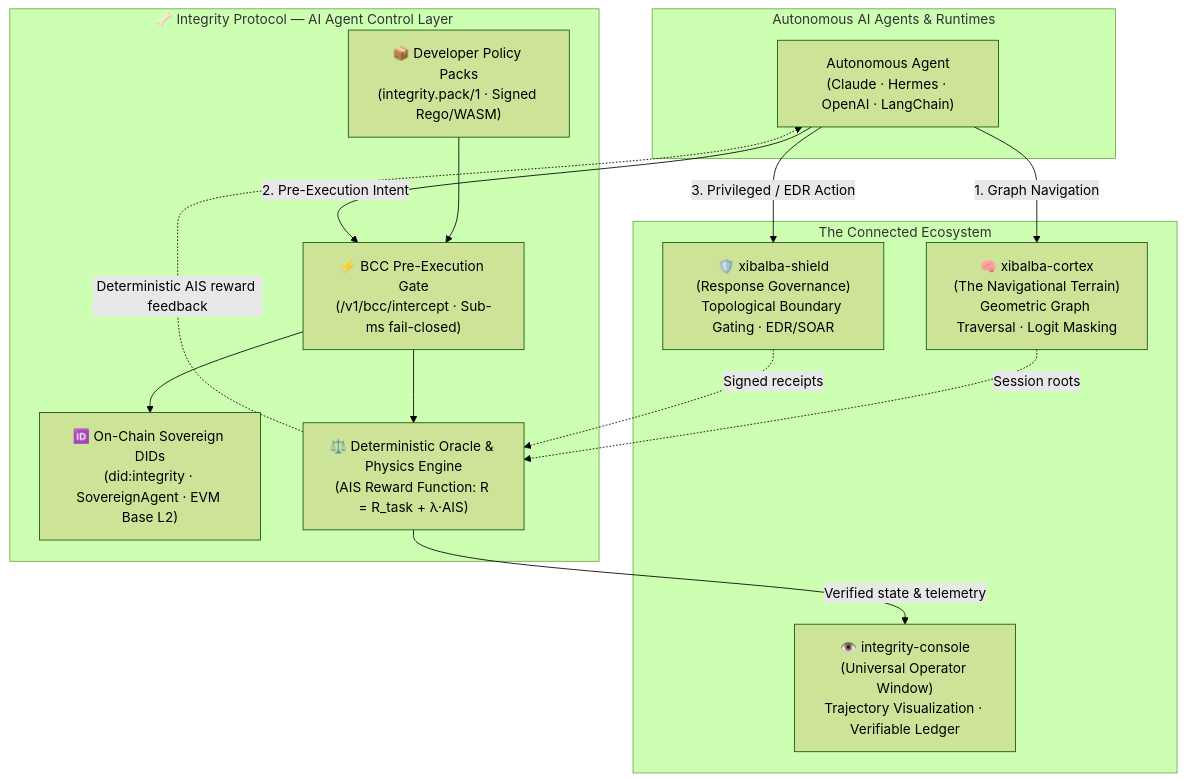
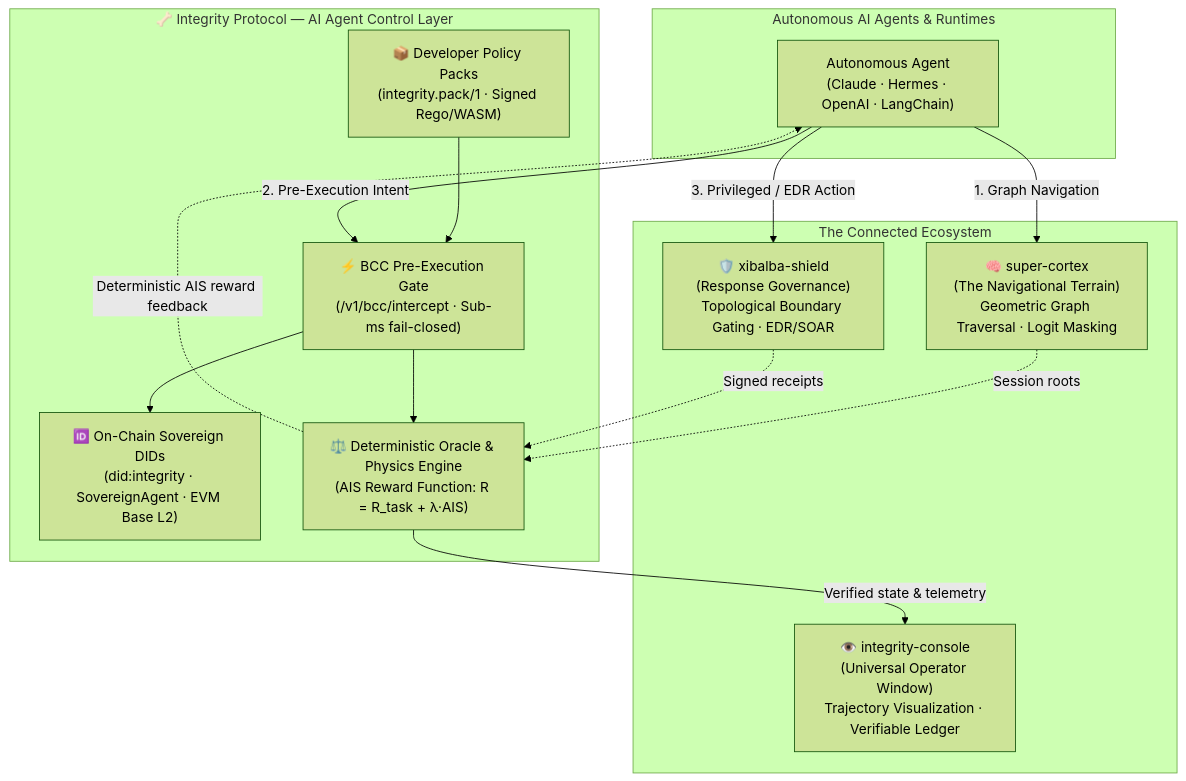
Before and after one commit to XibalbaTechSol/integrity-core: the diagram in docs/wiki/index.md, drawn with Mermaid (forest theme). The commit also changed other lines of this file and 15 other files, not shown here.

Commit message:
docs: update ecosystem documentation to reference super-cortex instead of xibalba-cortex (#243)

````diff
--- a/docs/wiki/index.md
+++ b/docs/wiki/index.md
@@ -22,30 +22,30 @@
 ```mermaid
 flowchart TD
     subgraph Agents["Autonomous AI Agents & Runtimes"]
         Agent["Autonomous Agent<br/>(Claude · Hermes · OpenAI · LangChain)"]
     end
 
     subgraph ControlLayer["🦴 Integrity Protocol — AI Agent Control Layer"]
         Packs["📦 Developer Policy Packs<br/>(integrity.pack/1 · Signed Rego/WASM)"]
         BCC["⚡ BCC Pre-Execution Gate<br/>(/v1/bcc/intercept · Sub-ms fail-closed)"]
         DIDs["🆔 On-Chain Sovereign DIDs<br/>(did:integrity · SovereignAgent · EVM Base L2)"]
         Oracle["⚖️ Deterministic Oracle & Physics Engine<br/>(AIS Reward Function: R = R_task + λ·AIS)"]
         Packs --> BCC
         BCC --> DIDs
         BCC --> Oracle
     end
 
     subgraph Ecosystem["The Connected Ecosystem"]
-        Cortex["🧠 xibalba-cortex<br/>(The Navigational Terrain)<br/>Geometric Graph Traversal · Logit Masking"]
+        Cortex["🧠 super-cortex<br/>(The Navigational Terrain)<br/>Geometric Graph Traversal · Logit Masking"]
         Shield["🛡️ xibalba-shield<br/>(Response Governance)<br/>Topological Boundary Gating · EDR/SOAR"]
         Console["👁️ integrity-console<br/>(Universal Operator Window)<br/>Trajectory Visualization · Verifiable Ledger"]
     end
 
     Agent -->|"1. Graph Navigation"| Cortex
     Agent -->|"2. Pre-Execution Intent"| BCC
     Agent -->|"3. Privileged / EDR Action"| Shield
     Cortex -.->|"Session roots"| Oracle
     Shield -.->|"Signed receipts"| Oracle
     Oracle -->|"Verified state & telemetry"| Console
     Oracle -.->|"Deterministic AIS reward feedback"| Agent
 ```
````
